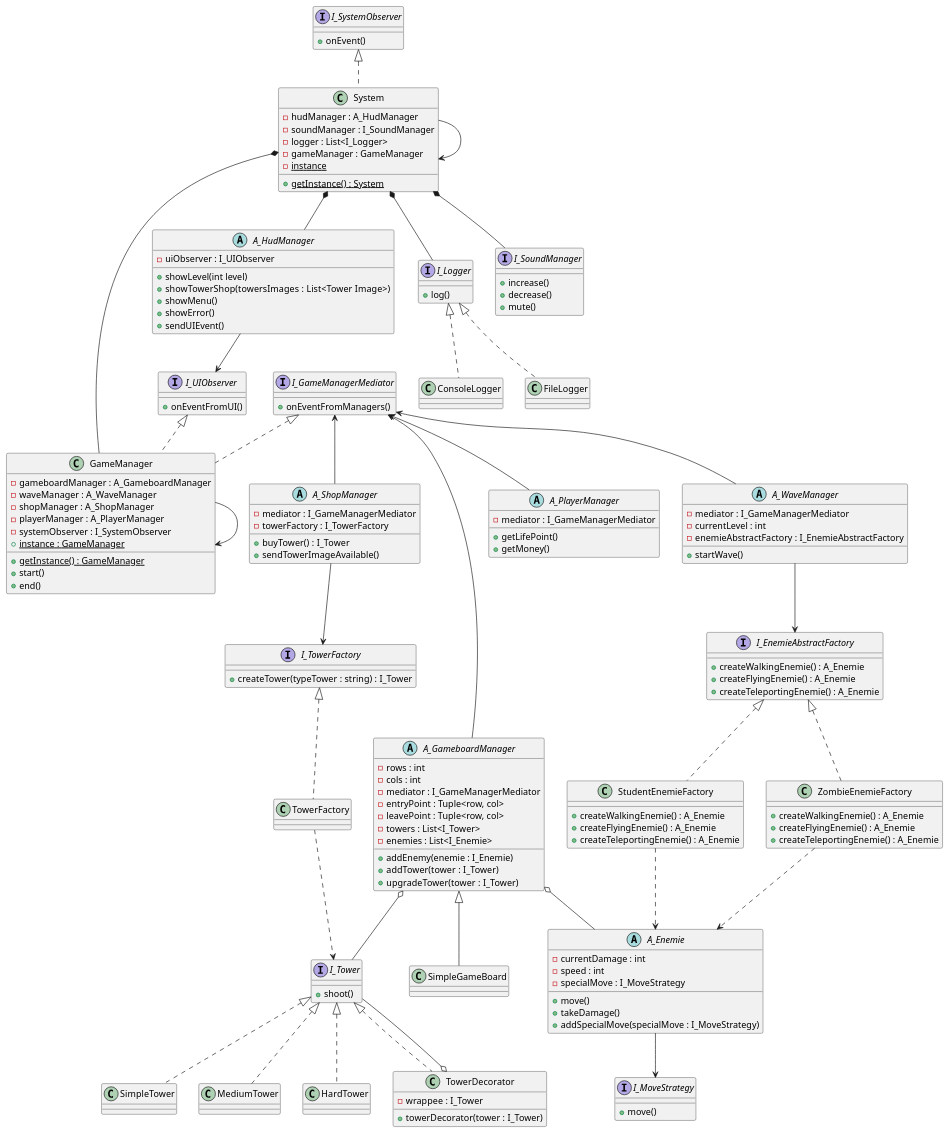
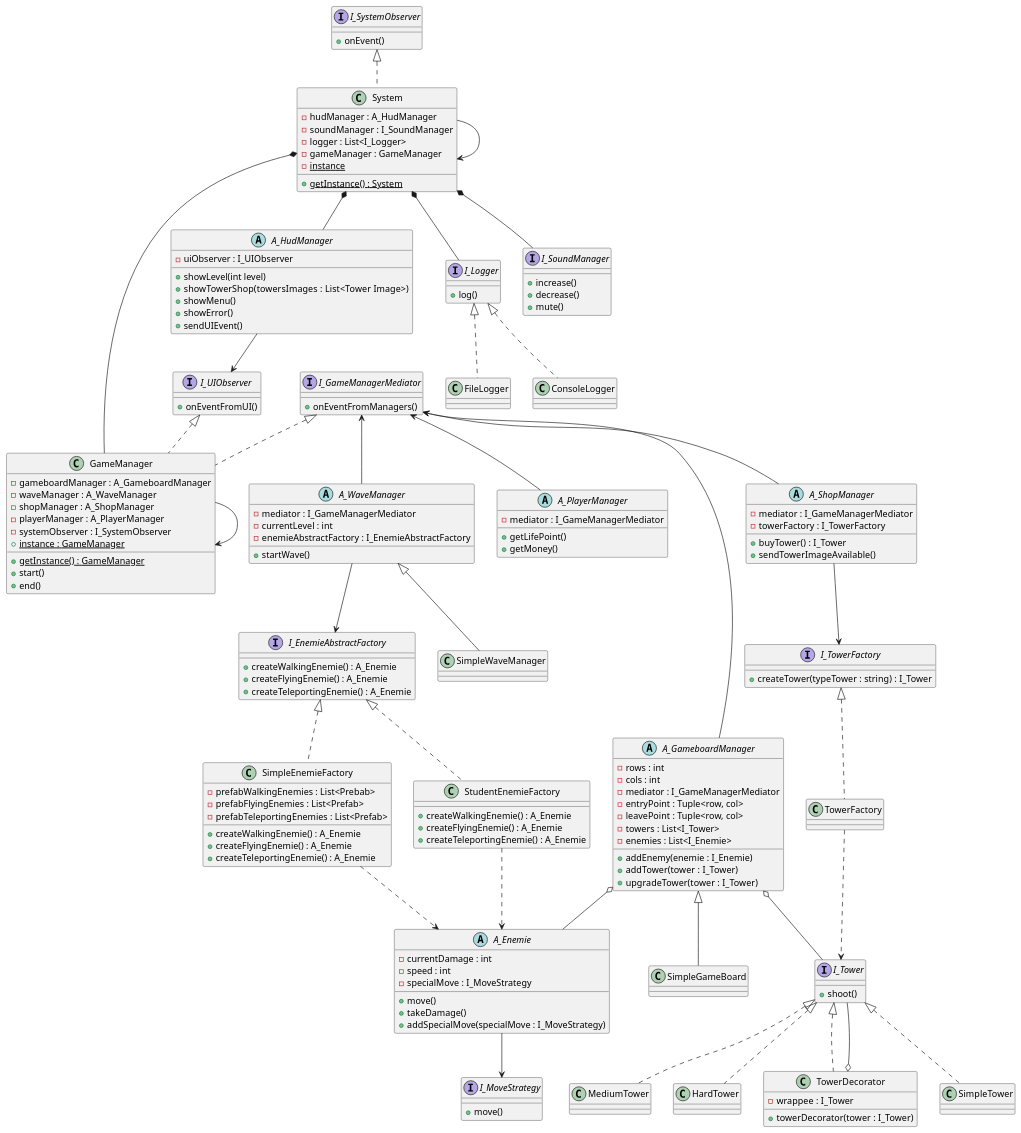
The diagram in uml.plantuml (bobylatruffe/tower_defense), drawn with PlantUML before and after one commit. The commit also changed 18 other files, not shown here.

```diff
--- a/uml.plantuml
+++ b/uml.plantuml
@@ -78,6 +78,7 @@
 }
 
 A_WaveManager --> I_EnemieAbstractFactory
+A_WaveManager <|-- SimpleWaveManager
 
 class StudentEnemieFactory implements I_EnemieAbstractFactory {
     + createWalkingEnemie() : A_Enemie
@@ -87,13 +88,16 @@
 
 StudentEnemieFactory ..> A_Enemie
 
-class ZombieEnemieFactory implements I_EnemieAbstractFactory {
+class SimpleEnemieFactory implements I_EnemieAbstractFactory {
+    - prefabWalkingEnemies : List<Prebab>
+    - prefabFlyingEnemies : List<Prefab>
+    - prefabTeleportingEnemies : List<Prefab>
     + createWalkingEnemie() : A_Enemie
     + createFlyingEnemie() : A_Enemie
     + createTeleportingEnemie() : A_Enemie
 }
 
-ZombieEnemieFactory ..> A_Enemie
+SimpleEnemieFactory ..> A_Enemie
 
 abstract class A_ShopManager {
     - mediator : I_GameManagerMediator
```
